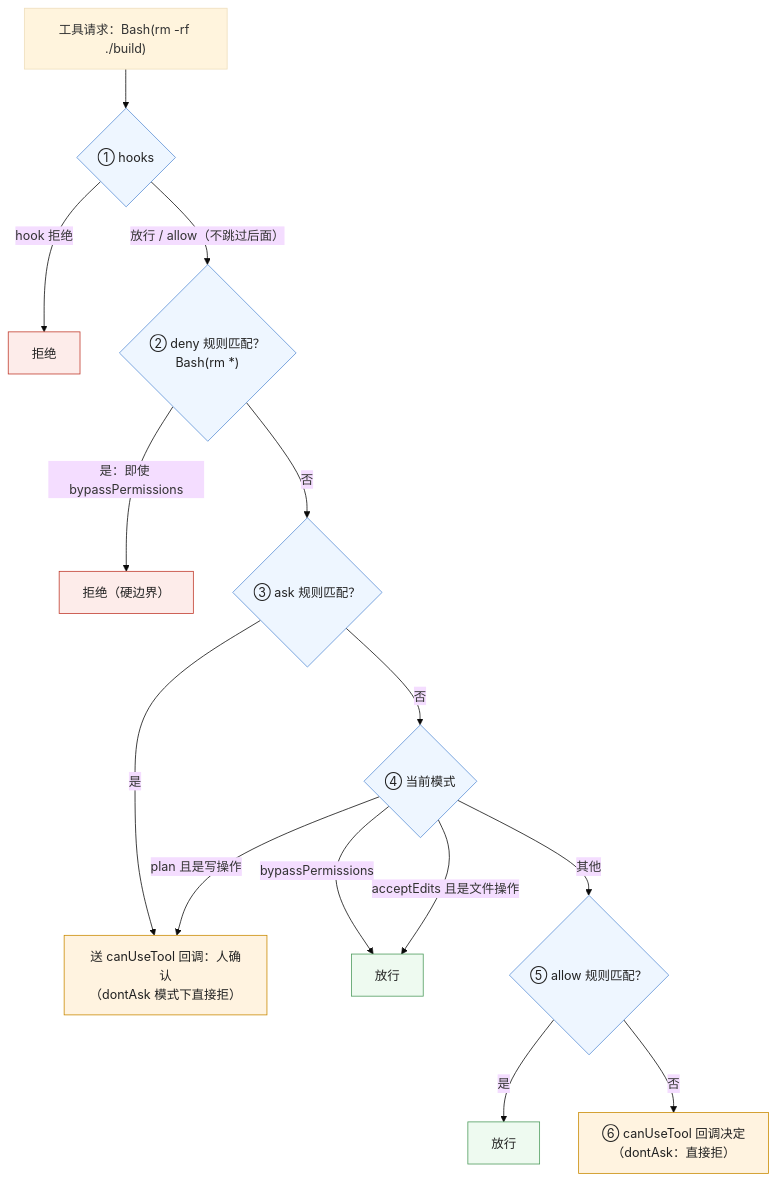
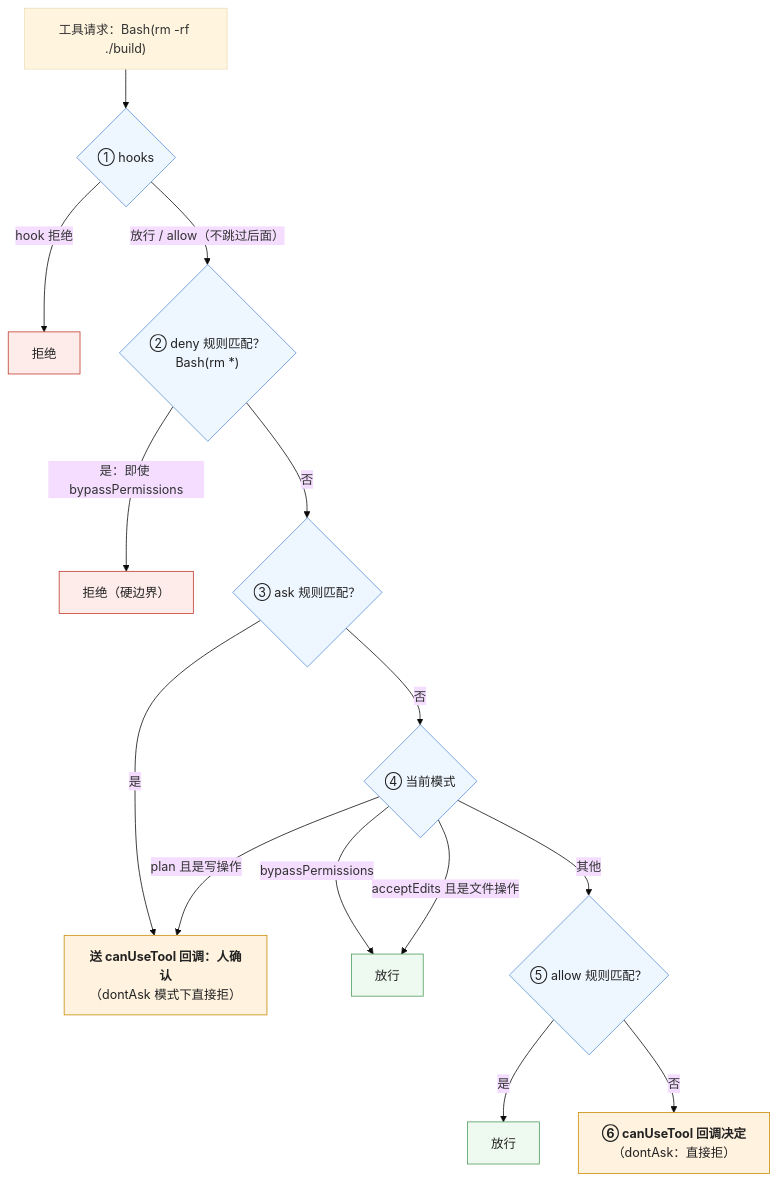
Before and after one commit to arganzheng/arganzheng.github.com: the fourth of 5 diagrams in _posts/2026-10-25-permissions-sandboxes-and-security-boundaries-for-agents.md, drawn with Mermaid (base theme). The commit also changed other lines of this file and 9 other files, not shown here.

First line of the commit message:
工具、Agent 与 harness：模型怎么从回答变成做事：Mermaid 多行方框的首行标为标题（10 篇）

````diff
--- a/_posts/2026-10-25-permissions-sandboxes-and-security-boundaries-for-agents.md
+++ b/_posts/2026-10-25-permissions-sandboxes-and-security-boundaries-for-agents.md
@@ -214,25 +214,25 @@
 ```mermaid
 %% 图：Claude Code 一个工具请求的六步判定——hooks 先跑但不能绕过 deny；deny 规则匹配即拒、即使 bypassPermissions；ask 规则送人确认；然后看当前模式（bypassPermissions 放行、acceptEdits 放行文件操作、plan 把写操作一律送人）；再看 allow 规则；都没决定的交给 canUseTool 回调
 flowchart TB
     R["工具请求：Bash(rm -rf ./build)"] --> H{"① hooks"}
     H -->|"hook 拒绝"| D0["拒绝"]
     H -->|"放行 / allow（不跳过后面）"| DN{"② deny 规则匹配？<br/>Bash(rm *)"}
     DN -->|"是：即使 bypassPermissions"| D1["拒绝（硬边界）"]
     DN -->|"否"| AS{"③ ask 规则匹配？"}
-    AS -->|"是"| CB["送 canUseTool 回调：人确认<br/>（dontAsk 模式下直接拒）"]
+    AS -->|"是"| CB["<b>送 canUseTool 回调：人确认</b><br/>（dontAsk 模式下直接拒）"]
     AS -->|"否"| MD{"④ 当前模式"}
     MD -->|"bypassPermissions"| OK1["放行"]
     MD -->|"acceptEdits 且是文件操作"| OK1
     MD -->|"plan 且是写操作"| CB
     MD -->|"其他"| AL{"⑤ allow 规则匹配？"}
     AL -->|"是"| OK2["放行"]
-    AL -->|"否"| CB2["⑥ canUseTool 回调决定<br/>（dontAsk：直接拒）"]
+    AL -->|"否"| CB2["<b>⑥ canUseTool 回调决定</b><br/>（dontAsk：直接拒）"]
     classDef dec fill:#eef6ff,stroke:#5b8fd6,color:#222
     classDef bad fill:#fdecea,stroke:#c0392b,color:#222
     classDef ok fill:#eefaf0,stroke:#4d9a5c,color:#222
     classDef ask fill:#fff3e0,stroke:#c98a00,color:#222
     class H,DN,AS,MD,AL dec
     class D0,D1 bad
     class OK1,OK2 ok
     class CB,CB2 ask
 ```
````
